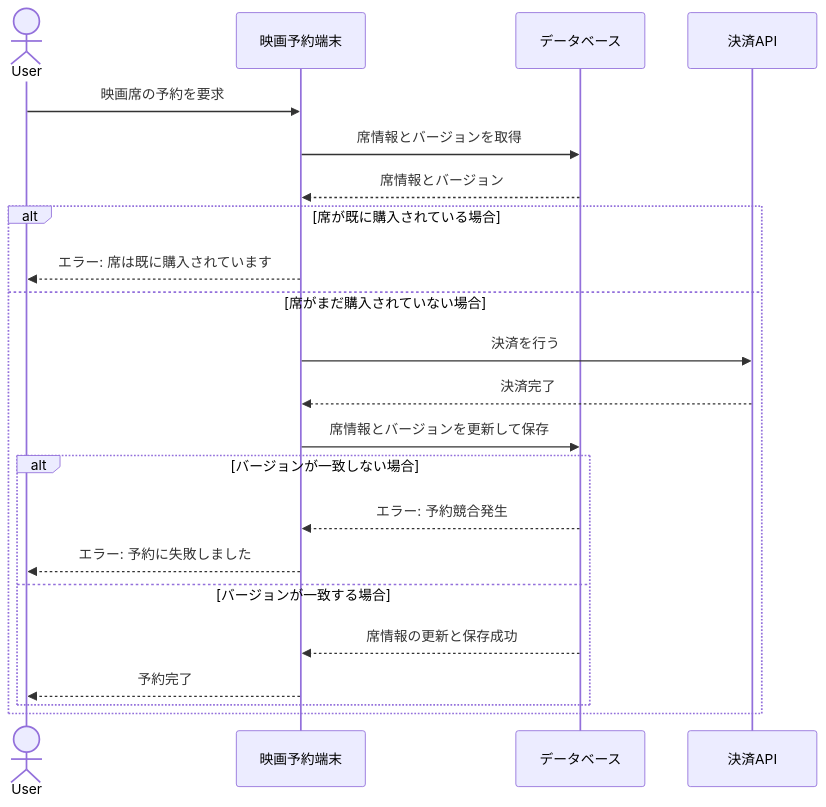
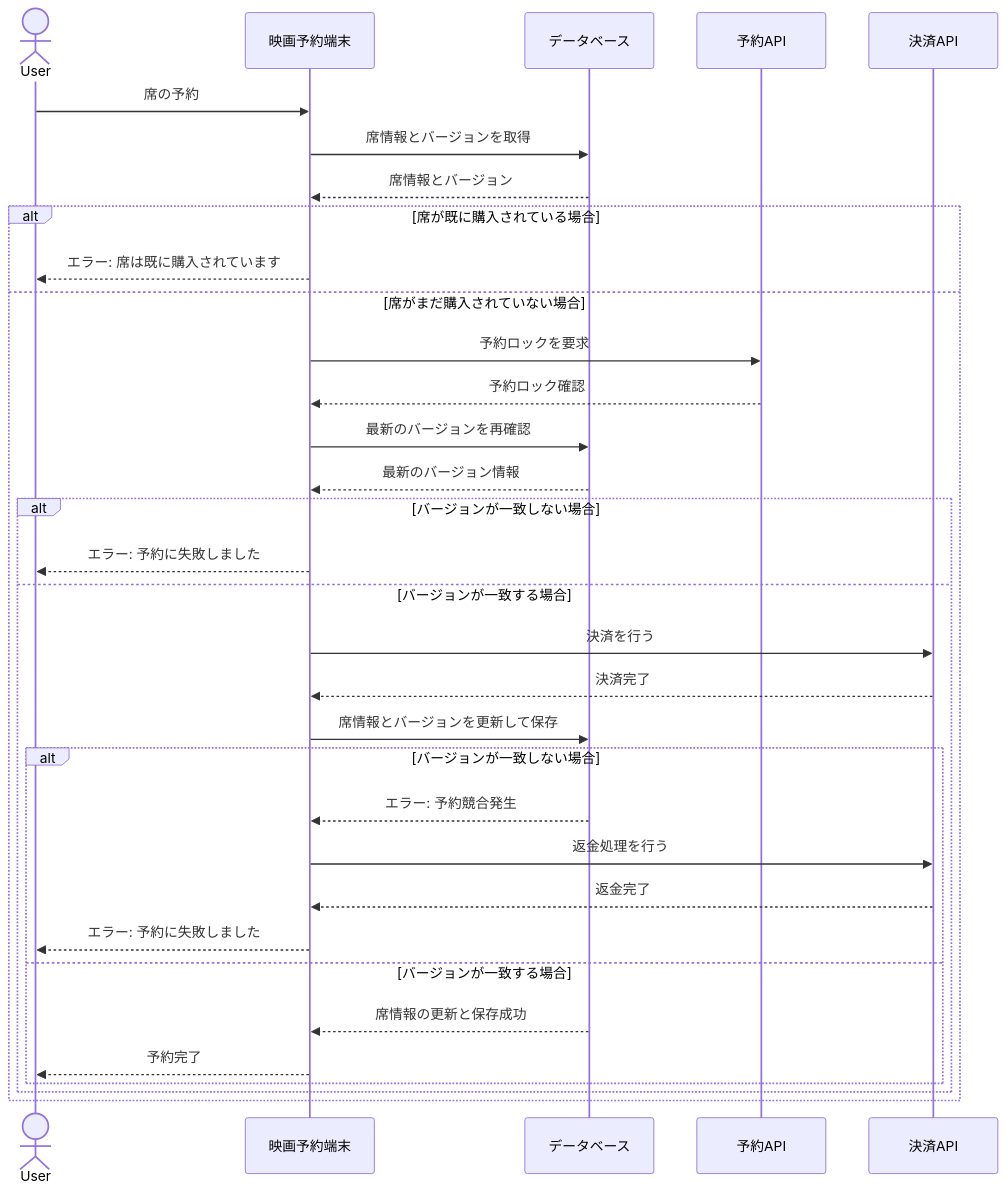
Before and after one commit to seiha-tsuge/p-challenge: the diagram in database/p-challenge-21/README.md, drawn with Mermaid. The commit also changed other lines of this file, not shown here.

````diff
--- a/database/p-challenge-21/README.md
+++ b/database/p-challenge-21/README.md
@@ -278,25 +278,36 @@
 ``` mermaid
 sequenceDiagram
     actor User
     participant Terminal as 映画予約端末
     participant Database as データベース
+    participant ReservationAPI as 予約API
     participant PaymentAPI as 決済API
 
-    User->>Terminal: 映画席の予約を要求
+    User->>Terminal: 席の予約
     Terminal->>Database: 席情報とバージョンを取得
     Database-->>Terminal: 席情報とバージョン
     alt 席が既に購入されている場合
         Terminal-->>User: エラー: 席は既に購入されています
     else 席がまだ購入されていない場合
-        Terminal->>PaymentAPI: 決済を行う
-        PaymentAPI-->>Terminal: 決済完了
-        Terminal->>Database: 席情報とバージョンを更新して保存
+        Terminal->>ReservationAPI: 予約ロックを要求
+        ReservationAPI-->>Terminal: 予約ロック確認
+        Terminal->>Database: 最新のバージョンを再確認
+        Database-->>Terminal: 最新のバージョン情報
         alt バージョンが一致しない場合
-            Database-->>Terminal: エラー: 予約競合発生
             Terminal-->>User: エラー: 予約に失敗しました
         else バージョンが一致する場合
-            Database-->>Terminal: 席情報の更新と保存成功
-            Terminal-->>User: 予約完了
+            Terminal->>PaymentAPI: 決済を行う
+            PaymentAPI-->>Terminal: 決済完了
+            Terminal->>Database: 席情報とバージョンを更新して保存
+            alt バージョンが一致しない場合
+                Database-->>Terminal: エラー: 予約競合発生
+                Terminal->>PaymentAPI: 返金処理を行う
+                PaymentAPI-->>Terminal: 返金完了
+                Terminal-->>User: エラー: 予約に失敗しました
+            else バージョンが一致する場合
+                Database-->>Terminal: 席情報の更新と保存成功
+                Terminal-->>User: 予約完了
+            end
         end
     end
 ```
````
